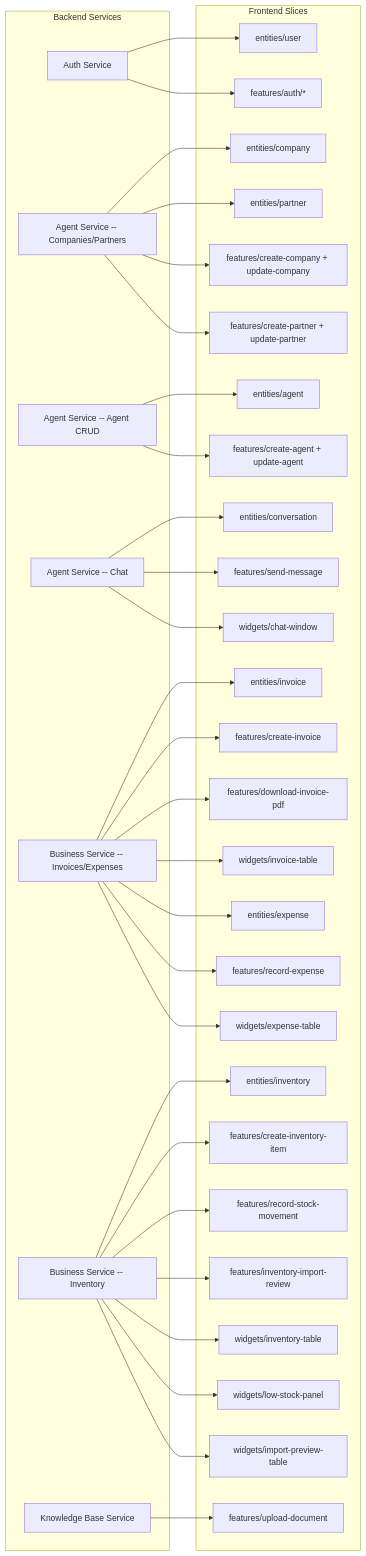
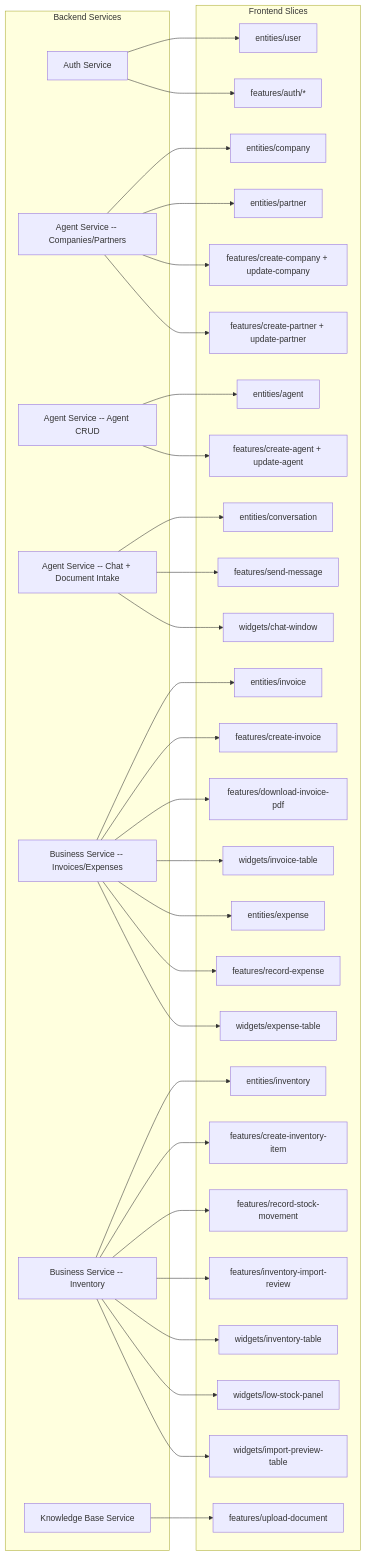
One commit to valiobar/agents changed the third of 7 diagrams in docs/frontend/architecture.md. Above: the diagram before and after it, drawn with Mermaid. The commit also changed other lines of this file and 102 other files, not shown here.

First line of the commit message:
Enhance documentation and workflows for document intake and financial summaries

````diff
--- a/docs/frontend/architecture.md
+++ b/docs/frontend/architecture.md
@@ -270,68 +270,68 @@
 ```mermaid
 graph LR
     subgraph backend [Backend Services]
         AuthSvc[Auth Service]
         AgentSvcCompanies[Agent Service -- Companies/Partners]
         AgentSvcCRUD[Agent Service -- Agent CRUD]
-        AgentSvcChat[Agent Service -- Chat]
+        AgentSvcChat[Agent Service -- Chat + Document Intake]
         BusinessSvcFin[Business Service -- Invoices/Expenses]
         BusinessSvcInv[Business Service -- Inventory]
         KBSvc[Knowledge Base Service]
     end
 
     subgraph frontend [Frontend Slices]
         EntUser["entities/user"]
         FeatAuth["features/auth/*"]
         EntCompany["entities/company"]
         EntPartner["entities/partner"]
         FeatCompany["features/create-company + update-company"]
         FeatPartner["features/create-partner + update-partner"]
         EntAgent["entities/agent"]
         FeatAgentCrud["features/create-agent + update-agent"]
         EntConv["entities/conversation"]
         FeatSendMsg["features/send-message"]
         WidgetChat["widgets/chat-window"]
         EntInvoice["entities/invoice"]
         FeatCreateInv["features/create-invoice"]
         FeatDownloadInvPdf["features/download-invoice-pdf"]
         WidgetInvTable["widgets/invoice-table"]
         EntExpense["entities/expense"]
         FeatRecordExp["features/record-expense"]
         WidgetExpTable["widgets/expense-table"]
         EntInventory["entities/inventory"]
         FeatCreateInventory["features/create-inventory-item"]
         FeatRecordMovement["features/record-stock-movement"]
         FeatImportReview["features/inventory-import-review"]
         WidgetInventoryTable["widgets/inventory-table"]
         WidgetLowStock["widgets/low-stock-panel"]
         WidgetImportPreview["widgets/import-preview-table"]
         FeatUploadDoc["features/upload-document"]
     end
 
     AuthSvc --> EntUser
     AuthSvc --> FeatAuth
     AgentSvcCompanies --> EntCompany
     AgentSvcCompanies --> EntPartner
     AgentSvcCompanies --> FeatCompany
     AgentSvcCompanies --> FeatPartner
     AgentSvcCRUD --> EntAgent
     AgentSvcCRUD --> FeatAgentCrud
     AgentSvcChat --> EntConv
     AgentSvcChat --> FeatSendMsg
     AgentSvcChat --> WidgetChat
     BusinessSvcFin --> EntInvoice
     BusinessSvcFin --> FeatCreateInv
     BusinessSvcFin --> FeatDownloadInvPdf
     BusinessSvcFin --> WidgetInvTable
     BusinessSvcFin --> EntExpense
     BusinessSvcFin --> FeatRecordExp
     BusinessSvcFin --> WidgetExpTable
     BusinessSvcInv --> EntInventory
     BusinessSvcInv --> FeatCreateInventory
     BusinessSvcInv --> FeatRecordMovement
     BusinessSvcInv --> FeatImportReview
     BusinessSvcInv --> WidgetInventoryTable
     BusinessSvcInv --> WidgetLowStock
     BusinessSvcInv --> WidgetImportPreview
     KBSvc --> FeatUploadDoc
 ```
````
